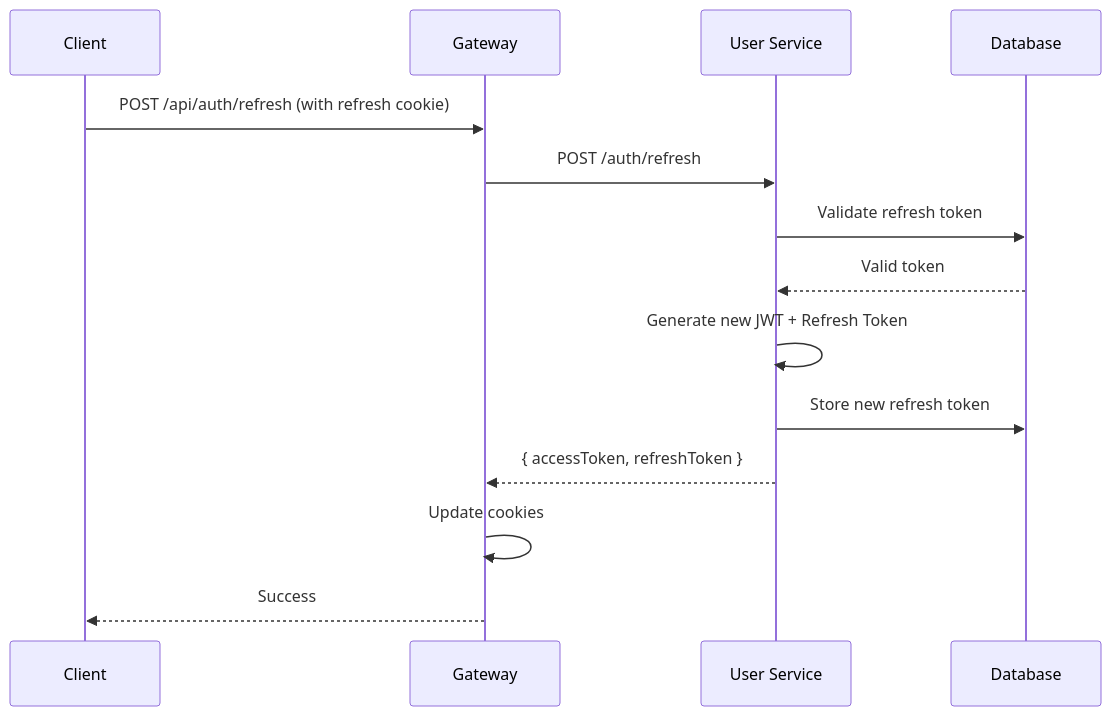
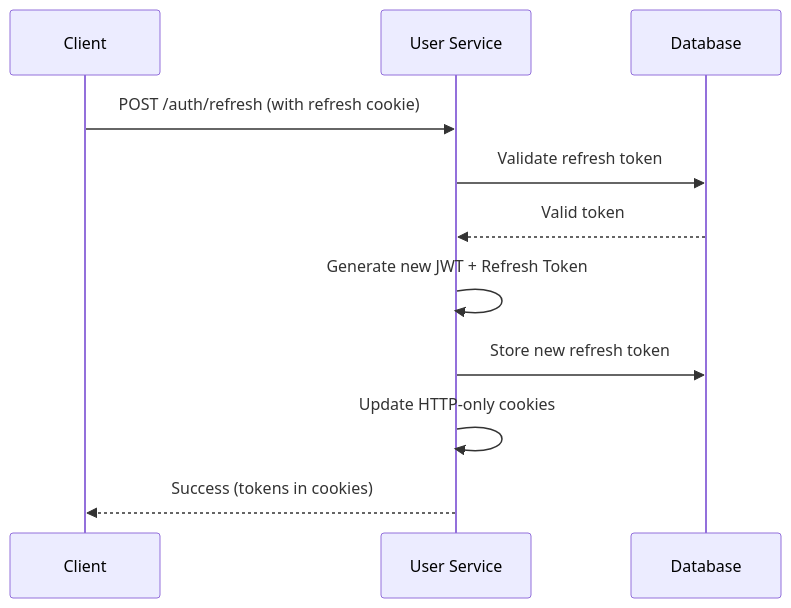
The fifth of 6 diagrams in docs/AUTHENTICATION.md (yaser-alazm/TMS), drawn with Mermaid before and after one commit. The commit also changed other lines of this file and 1 other file, not shown here.

````diff
--- a/docs/AUTHENTICATION.md
+++ b/docs/AUTHENTICATION.md
@@ -323,17 +349,14 @@
 ```mermaid
 sequenceDiagram
     participant C as Client
-    participant G as Gateway
     participant U as User Service
     participant D as Database
 
-    C->>G: POST /api/auth/refresh (with refresh cookie)
-    G->>U: POST /auth/refresh
+    C->>U: POST /auth/refresh (with refresh cookie)
     U->>D: Validate refresh token
     D-->>U: Valid token
     U->>U: Generate new JWT + Refresh Token
     U->>D: Store new refresh token
-    U-->>G: { accessToken, refreshToken }
-    G->>G: Update cookies
-    G-->>C: Success
+    U->>U: Update HTTP-only cookies
+    U-->>C: Success (tokens in cookies)
 ```
````
